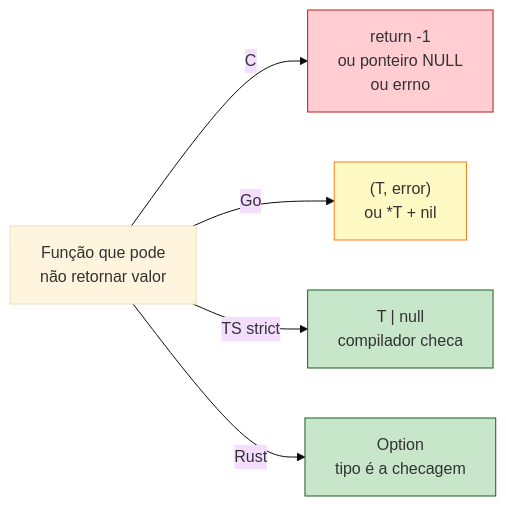
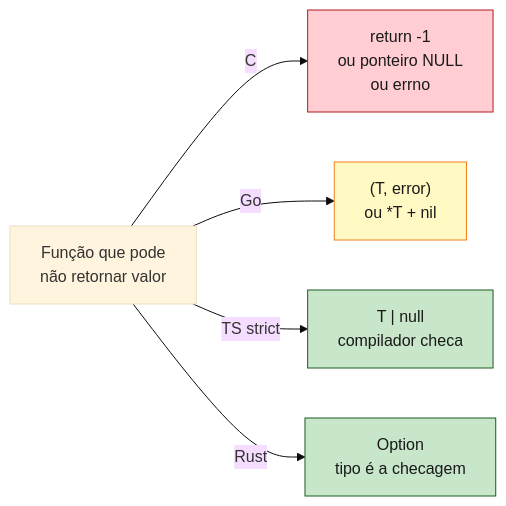
One commit to Felipeness/ferro-e-espirito changed the first of 2 diagrams in book/part-05-composite-types/ch16-option-e-result.md. Above: the diagram before and after it, drawn with Mermaid (base theme). The commit also changed other lines of this file and 56 other files, not shown here.

First line of the commit message:
fix: contraste de texto em diagramas mermaid

````diff
--- a/book/part-05-composite-types/ch16-option-e-result.md
+++ b/book/part-05-composite-types/ch16-option-e-result.md
@@ -71,14 +71,14 @@
 ```mermaid
 graph LR
     Função["Função que pode<br/>não retornar valor"]
 
     Função -->|"C"| C["return -1<br/>ou ponteiro NULL<br/>ou errno"]
     Função -->|"Go"| Go["(T, error)<br/>ou *T + nil"]
     Função -->|"TS strict"| TS["T | null<br/>compilador checa"]
     Função -->|"Rust"| Rust["Option<T><br/>tipo é a checagem"]
 
-    style C fill:#ffcdd2,stroke:#b71c1c
-    style Go fill:#fff9c4,stroke:#f57f17
-    style TS fill:#c8e6c9,stroke:#1b5e20
-    style Rust fill:#c8e6c9,stroke:#1b5e20
+    style C fill:#ffcdd2,stroke:#b71c1c,color:#1a1a1a
+    style Go fill:#fff9c4,stroke:#f57f17,color:#1a1a1a
+    style TS fill:#c8e6c9,stroke:#1b5e20,color:#1a1a1a
+    style Rust fill:#c8e6c9,stroke:#1b5e20,color:#1a1a1a
 ```
````
